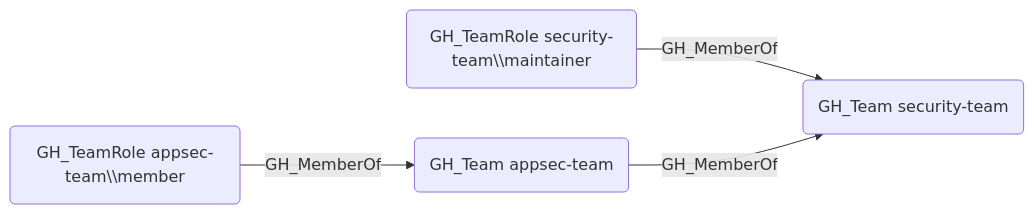
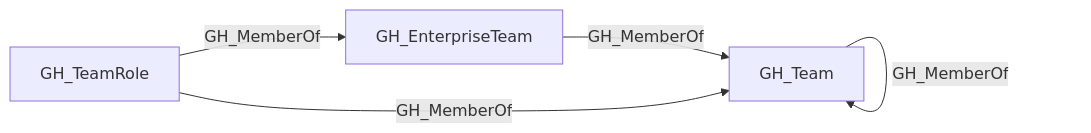
One commit to SpecterOps/bloodhound-docs changed the first of 2 diagrams in docs/opengraph/extensions/github/edges/gh_memberof.mdx. Above: the diagram before and after it, drawn with Mermaid. The commit also changed other lines of this file and 292 other files, not shown here.

````diff
--- a/docs/opengraph/extensions/github/edges/gh_memberof.mdx
+++ b/docs/opengraph/extensions/github/edges/gh_memberof.mdx
@@ -19,10 +19,10 @@
 ```mermaid
-graph LR
-    teamRole1("GH_TeamRole security-team\\maintainer")
-    teamRole2("GH_TeamRole appsec-team\\member")
-    childTeam("GH_Team appsec-team")
-    parentTeam("GH_Team security-team")
-    teamRole1 -- GH_MemberOf --> parentTeam
-    teamRole2 -- GH_MemberOf --> childTeam
-    childTeam -- GH_MemberOf --> parentTeam
+flowchart LR
+    GH_EnterpriseTeam["GH_EnterpriseTeam"]
+    GH_Team["GH_Team"]
+    GH_TeamRole["GH_TeamRole"]
+    GH_EnterpriseTeam -- GH_MemberOf --> GH_Team
+    GH_Team -- GH_MemberOf --> GH_Team
+    GH_TeamRole -- GH_MemberOf --> GH_EnterpriseTeam
+    GH_TeamRole -- GH_MemberOf --> GH_Team
 ```
````
